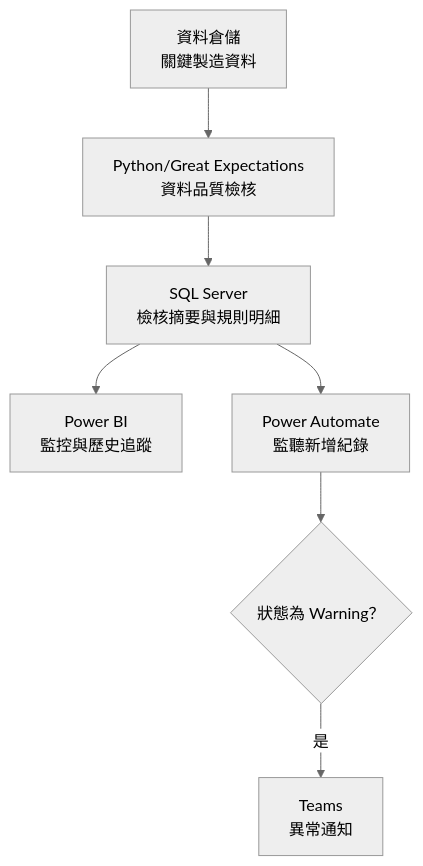
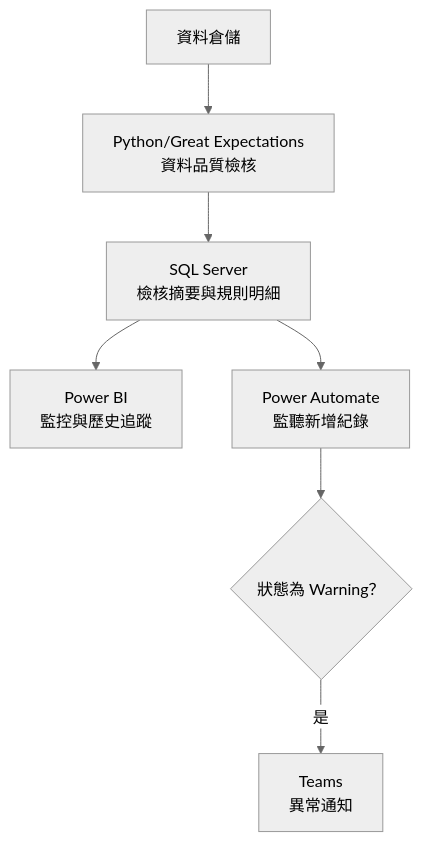
The diagram in README_ZH-TW.md (ChienChienChien/Manufacturing_Data_Quality_Monitoring), drawn with Mermaid (neutral theme) before and after one commit. The commit also changed other lines of this file, not shown here.

````diff
--- a/README_ZH-TW.md
+++ b/README_ZH-TW.md
@@ -55,9 +51,9 @@
 ```mermaid
 flowchart TB
-    A["資料倉儲<br/>關鍵製造資料"] --> C["Python/Great Expectations<br/>資料品質檢核"]
+    A["資料倉儲"] --> C["Python/Great Expectations<br/>資料品質檢核"]
     C --> D["SQL Server<br/>檢核摘要與規則明細"]
     D --> E["Power BI<br/>監控與歷史追蹤"]
     D --> F["Power Automate<br/>監聽新增紀錄"]
     F --> G{"狀態為 Warning？"}
     G -->|是| H["Teams<br/>異常通知"]
 ```
````
